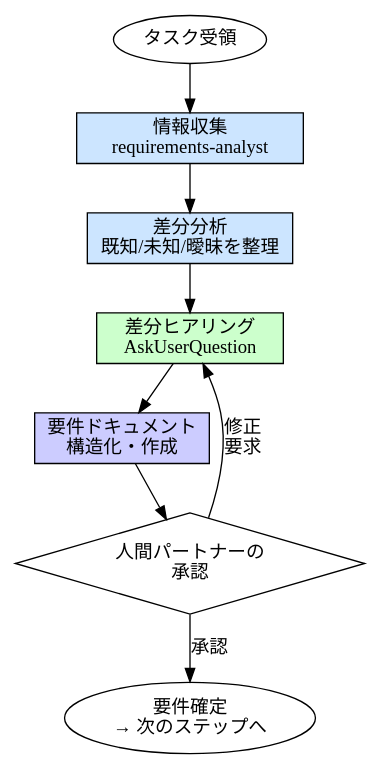
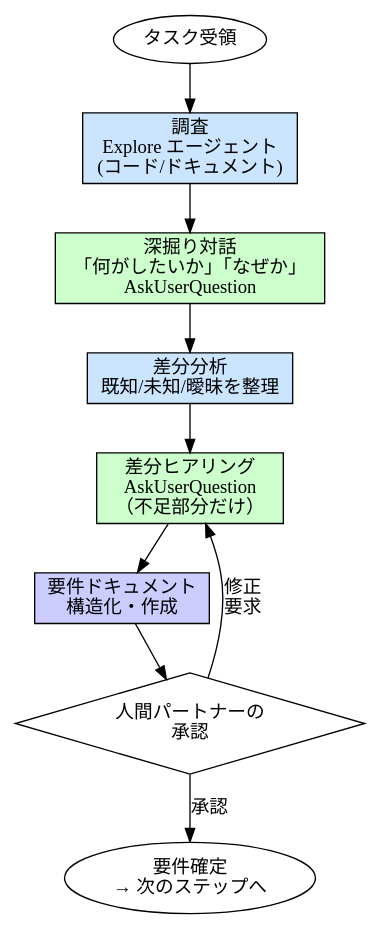
Before and after one commit to sizukutamago/claude-code-harness: the diagram in .claude/skills/requirements/SKILL.md, drawn with Graphviz. The commit also changed other lines of this file and 15 other files, not shown here.

````diff
--- a/.claude/skills/requirements/SKILL.md
+++ b/.claude/skills/requirements/SKILL.md
@@ -45,20 +45,22 @@
 ```dot
 digraph requirements {
     rankdir=TB;
     input [label="タスク受領", shape=ellipse];
-    gather [label="情報収集\nrequirements-analyst", shape=box, style=filled, fillcolor="#cce5ff"];
+    explore [label="調査\nExplore エージェント\n(コード/ドキュメント)", shape=box, style=filled, fillcolor="#cce5ff"];
+    shaping [label="深掘り対話\n「何がしたいか」「なぜか」\nAskUserQuestion", shape=box, style=filled, fillcolor="#ccffcc"];
     gap [label="差分分析\n既知/未知/曖昧を整理", shape=box, style=filled, fillcolor="#cce5ff"];
-    dialog [label="差分ヒアリング\nAskUserQuestion", shape=box, style=filled, fillcolor="#ccffcc"];
+    dialog [label="差分ヒアリング\nAskUserQuestion\n（不足部分だけ）", shape=box, style=filled, fillcolor="#ccffcc"];
     structure [label="要件ドキュメント\n構造化・作成", shape=box, style=filled, fillcolor="#ccccff"];
     review [label="人間パートナーの\n承認", shape=diamond];
     done [label="要件確定\n→ 次のステップへ", shape=ellipse];
 
-    input -> gather;
-    gather -> gap;
+    input -> explore;
+    explore -> shaping;
+    shaping -> gap;
     gap -> dialog;
     dialog -> structure;
     structure -> review;
     review -> done [label="承認"];
     review -> dialog [label="修正\n要求"];
 }
 ```
````
